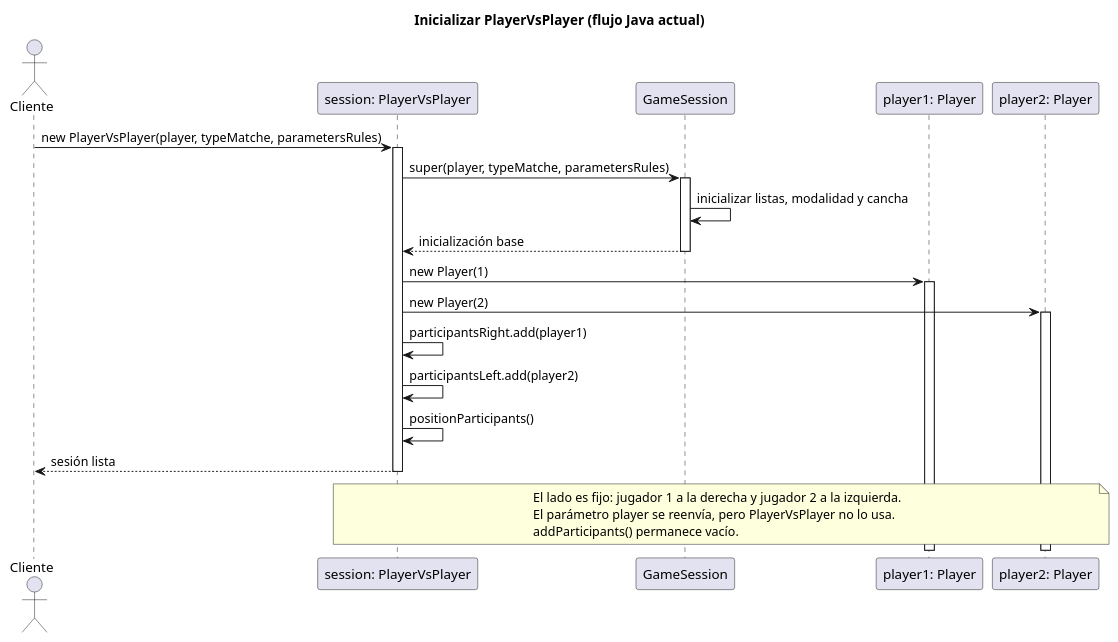
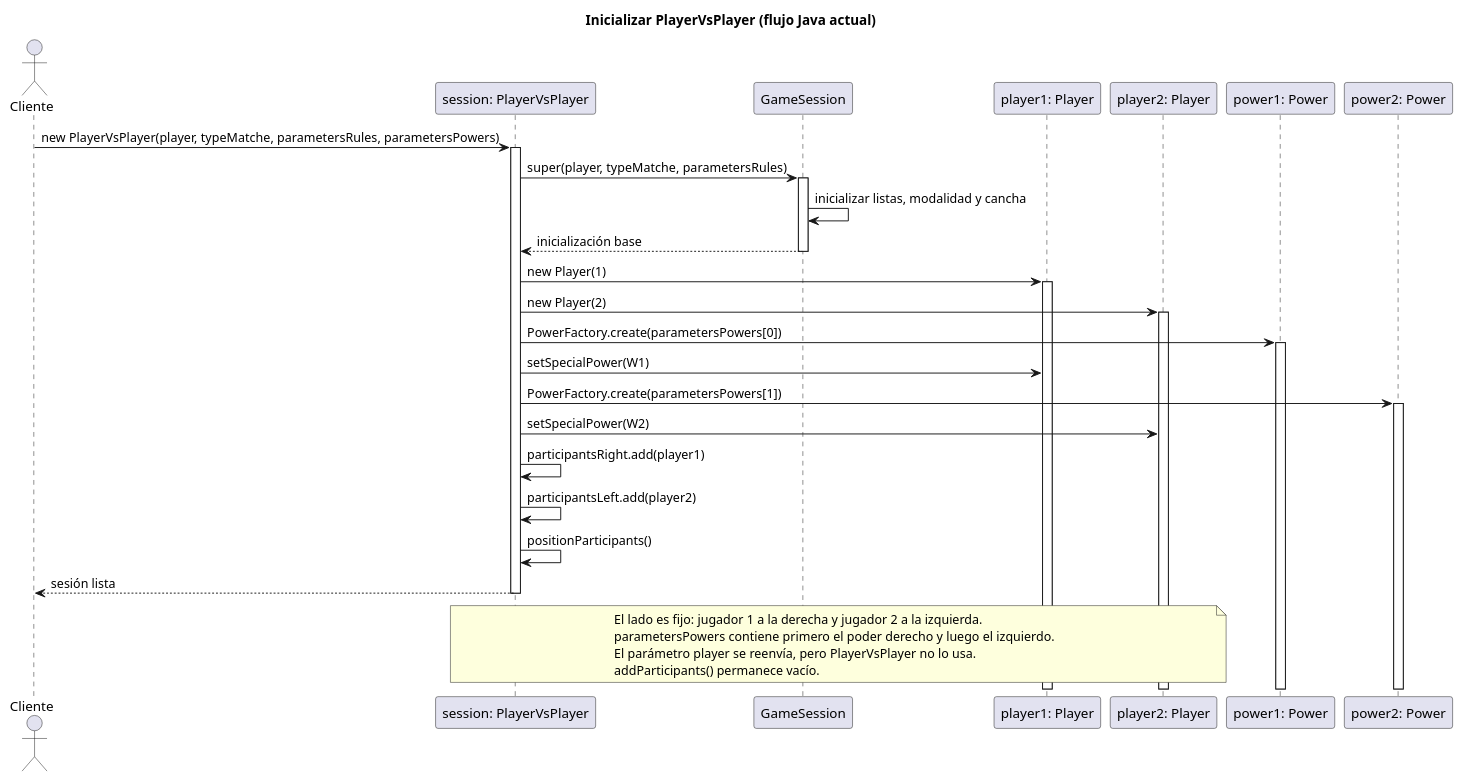
The diagram in docs/uml/player-vs-player-sequence.puml (PaglkG/ProyectoFinal-Dopo), drawn with PlantUML before and after one commit. The commit also changed 59 other files, not shown here.

```diff
--- a/docs/uml/player-vs-player-sequence.puml
+++ b/docs/uml/player-vs-player-sequence.puml
@@ -1,24 +1,31 @@
 @startuml
 title Inicializar PlayerVsPlayer (flujo Java actual)
 actor Cliente
 participant "session: PlayerVsPlayer" as S
 participant "GameSession" as Base
 participant "player1: Player" as P1
 participant "player2: Player" as P2
+participant "power1: Power" as W1
+participant "power2: Power" as W2
 
-Cliente -> S ++: new PlayerVsPlayer(player, typeMatche, parametersRules)
+Cliente -> S ++: new PlayerVsPlayer(player, typeMatche, parametersRules, parametersPowers)
 S -> Base ++: super(player, typeMatche, parametersRules)
 Base -> Base: inicializar listas, modalidad y cancha
 Base --> S --: inicialización base
 S -> P1 ++: new Player(1)
 S -> P2 ++: new Player(2)
+S -> W1 ++: PowerFactory.create(parametersPowers[0])
+S -> P1: setSpecialPower(W1)
+S -> W2 ++: PowerFactory.create(parametersPowers[1])
+S -> P2: setSpecialPower(W2)
 S -> S: participantsRight.add(player1)
 S -> S: participantsLeft.add(player2)
 S -> S: positionParticipants()
 S --> Cliente --: sesión lista
 note over S,P2
   El lado es fijo: jugador 1 a la derecha y jugador 2 a la izquierda.
+  parametersPowers contiene primero el poder derecho y luego el izquierdo.
   El parámetro player se reenvía, pero PlayerVsPlayer no lo usa.
   addParticipants() permanece vacío.
 end note
 @enduml
```
